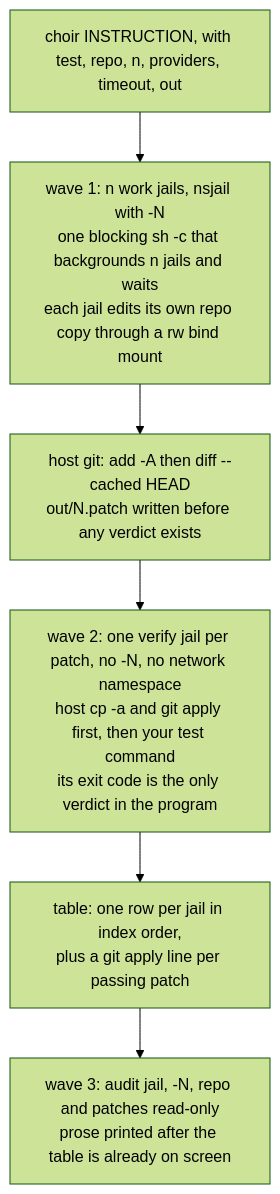
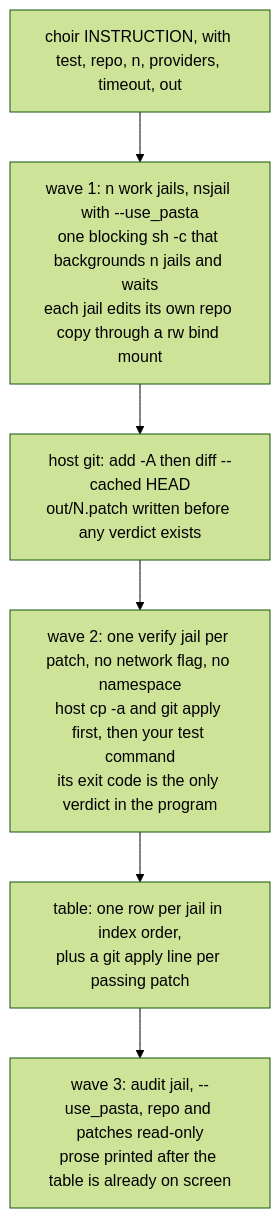
The diagram in docs/architecture.md (brickfrog/choir), drawn with Mermaid (forest theme) before and after one commit. The commit also changed other lines of this file and 1 other file, not shown here.

Commit message:
docs: close loopback and X holes with pasta networking

````diff
--- a/docs/architecture.md
+++ b/docs/architecture.md
@@ -3,9 +3,9 @@
 ```mermaid
 flowchart TD
   CLI["choir INSTRUCTION, with test, repo, n, providers, timeout, out"]
-  CLI --> W["wave 1: n work jails, nsjail with -N<br/>one blocking sh -c that backgrounds n jails and waits<br/>each jail edits its own repo copy through a rw bind mount"]
+  CLI --> W["wave 1: n work jails, nsjail with --use_pasta<br/>one blocking sh -c that backgrounds n jails and waits<br/>each jail edits its own repo copy through a rw bind mount"]
   W --> P["host git: add -A then diff --cached HEAD<br/>out/N.patch written before any verdict exists"]
-  P --> V["wave 2: one verify jail per patch, no -N, no network namespace<br/>host cp -a and git apply first, then your test command<br/>its exit code is the only verdict in the program"]
+  P --> V["wave 2: one verify jail per patch, no network flag, no namespace<br/>host cp -a and git apply first, then your test command<br/>its exit code is the only verdict in the program"]
   V --> T["table: one row per jail in index order,<br/>plus a git apply line per passing patch"]
-  T --> A["wave 3: audit jail, -N, repo and patches read-only<br/>prose printed after the table is already on screen"]
+  T --> A["wave 3: audit jail, --use_pasta, repo and patches read-only<br/>prose printed after the table is already on screen"]
 ```
````
